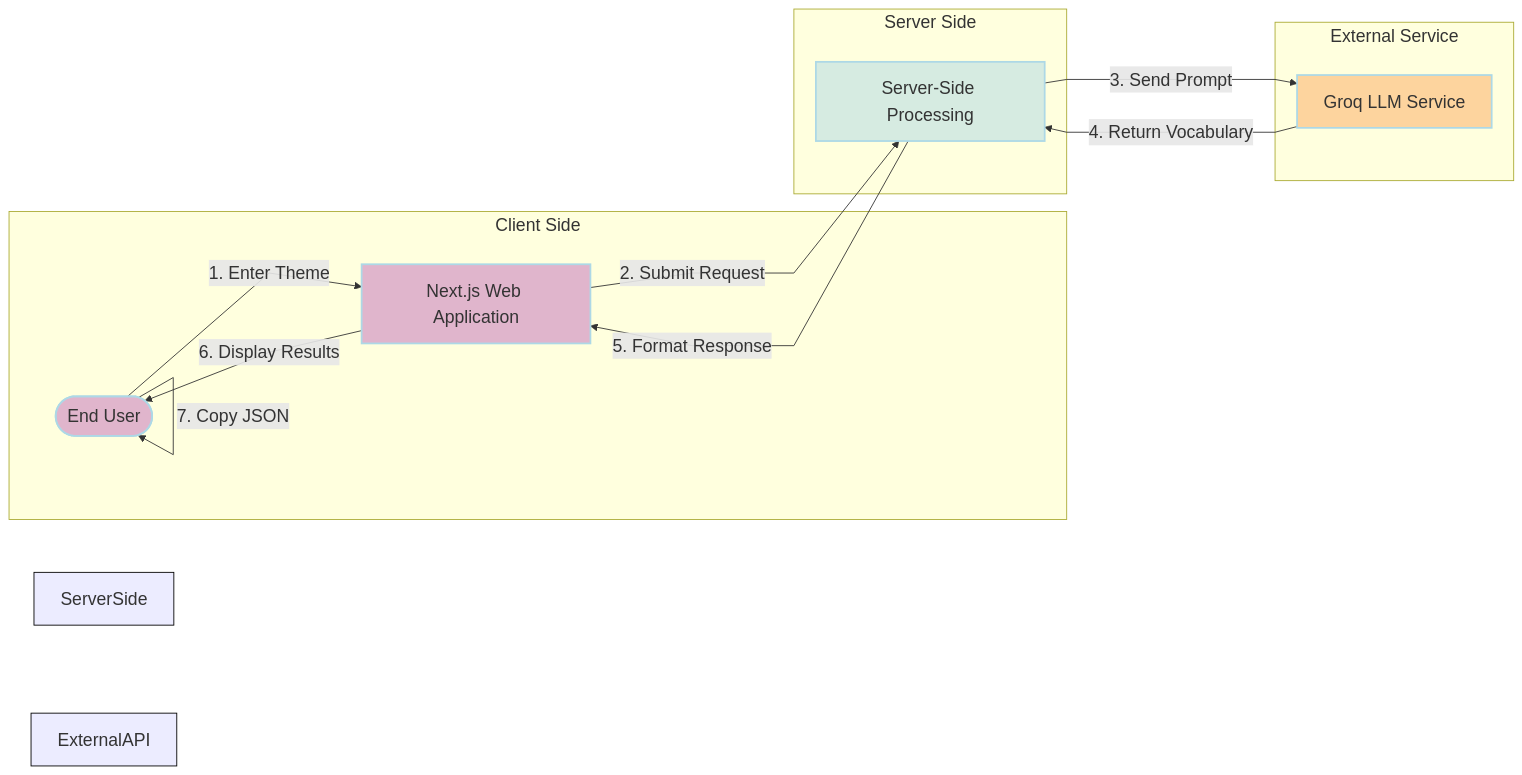
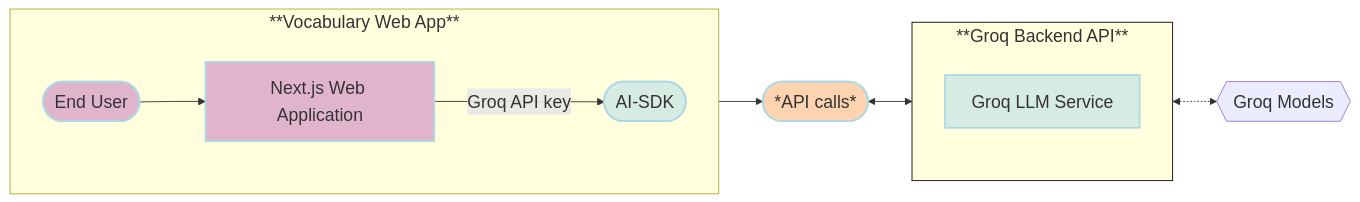
The diagram in vocabulary-importer/README.md (VCharrua/free-genai-bootcamp-2025), drawn with Mermaid before and after one commit. The commit also changed other lines of this file and 9 other files, not shown here.

Commit message:
#31 Refactor flowchart in README.md to enhance clarity and structure of the Vocabulary Importer components

````diff
--- a/vocabulary-importer/README.md
+++ b/vocabulary-importer/README.md
@@ -30,51 +30,47 @@
 ```mermaid
 ---
 config:
   flowchart:
     nodeSpacing: 100
     curve: linear
   themeVariables:
     fontSize: 20px
 ---
 flowchart LR
-    %% Main components
-    User([End User])
-    FrontEnd[Next.js Web Application]
-    BackEnd[Server-Side Processing]
-    LLM[Groq LLM Service]
-    
-    %% Flow connections
-    User -->|1. Enter Theme| FrontEnd
-    FrontEnd -->|2. Submit Request| BackEnd
-    BackEnd -->|3. Send Prompt| LLM
-    LLM -->|4. Return Vocabulary| BackEnd
-    BackEnd -->|5. Format Response| FrontEnd
-    FrontEnd -->|6. Display Results| User
-    User -->|7. Copy JSON| User
-    
-    %% Colors and styles
+
+    %% Colors %%
     classDef blue fill:#ADD8E6,stroke:#ADD8E6,stroke-width:2px,fill-opacity:0.5
     classDef orange fill:#FBAA60,stroke:#ADD8E6,stroke-width:2px,fill-opacity:0.5
     classDef orchid fill:#C26DBC,stroke:#ADD8E6,stroke-width:2px,fill-opacity:0.5
-    
-    %% Grouping and styling
-    subgraph "Client Side"
-        User
-        FrontEnd
+    classDef invisible fill:transparent,stroke:transparent;
+    style Groq-Backend-Component stroke:#000000
+
+    %% Subgraphs %%
+    subgraph vocabulary-Component[" **Vocabulary Web App** "]
+        direction LR
+        User([End User]):::orchid
+        FrontEnd[Next.js Web Application]:::orchid
+        API([AI-SDK]):::blue
     end
-    
-    subgraph "Server Side"
-        style ServerSide stroke:#000000
-        BackEnd
+    subgraph Groq-Backend-Component[" **Groq Backend API** "]
+        direction LR
+        LLM[Groq LLM Service]:::blue
     end
-    
-    subgraph "External Service"
-        style ExternalAPI stroke:#000000
-        LLM
-    end
-    
-    %% Apply color classes
-    class User,FrontEnd orchid
-    class BackEnd blue
-    class LLM orange
+
+    AC([*API calls*<br>]):::orange
+    Models{{Groq Models <br>}}
+    AC <--> LLM
+
+    %% Frontend Flow %%
+    direction LR
+    User --> FrontEnd
+    FrontEnd --> |Groq API key|API
+    API --> AC
+
+    %% Groq service flow
+    direction LR
+    LLM <-.-> Models
+
+    classDef databaseClass fill:#ff9800,stroke:#333,stroke-width:1px; 
+    class Database databaseClass;
 ```
````
